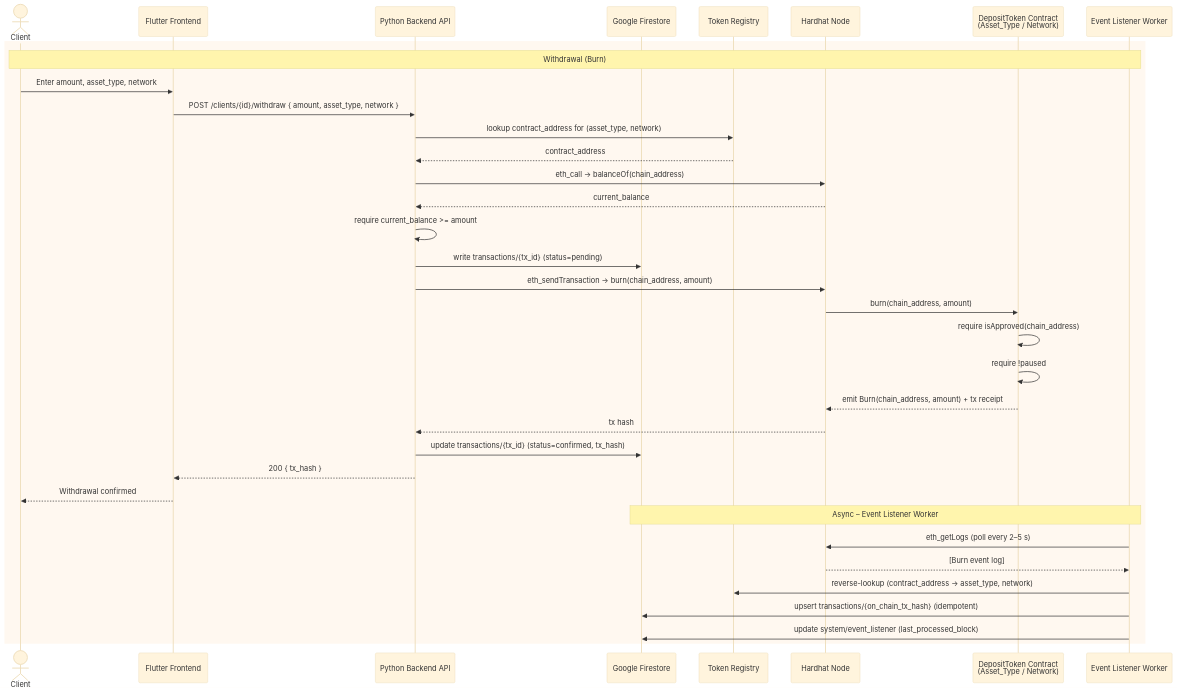
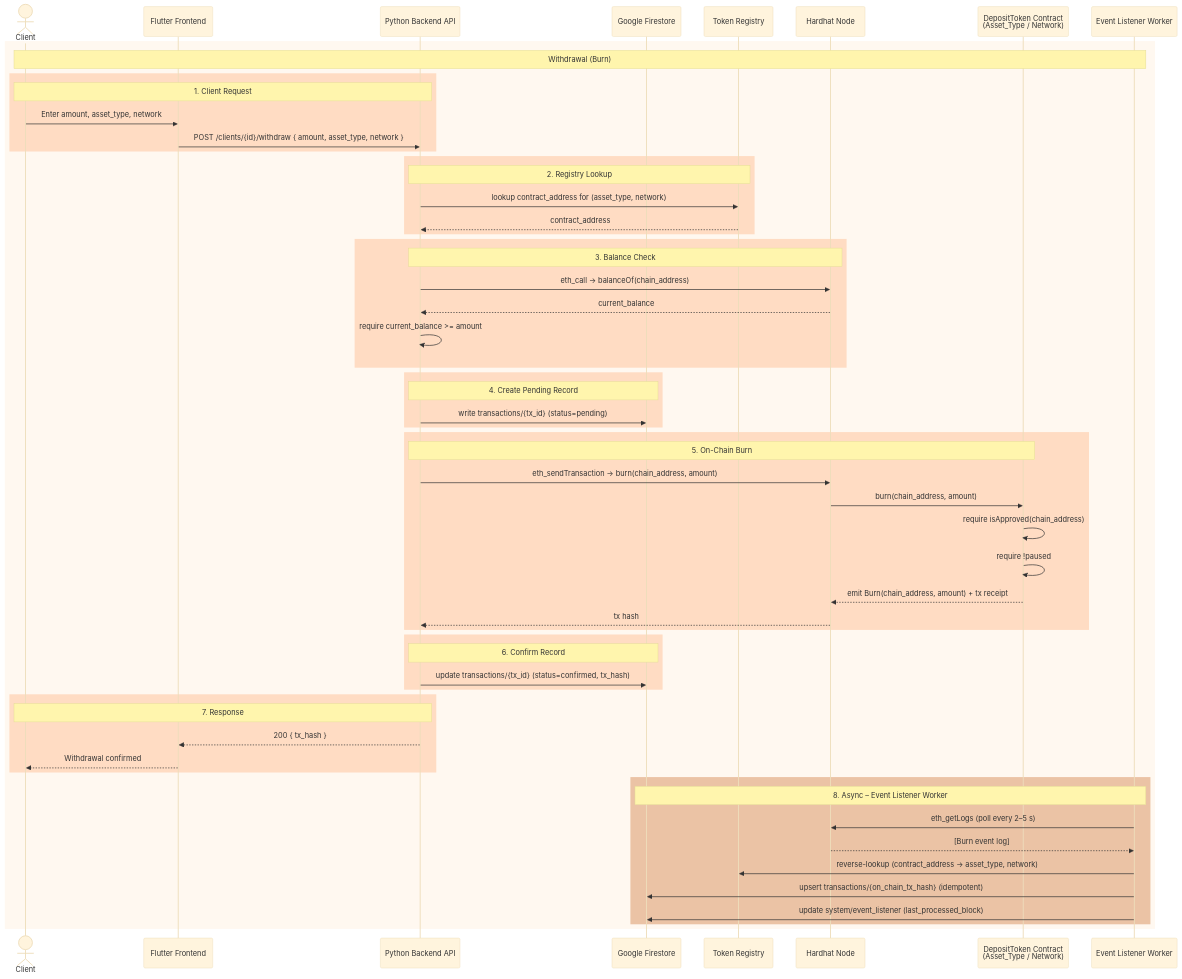
Before and after one commit to tthavee/tokenized-deposits: the fourth of 5 diagrams in .kiro/specs/tokenized-deposits-poc/design.md, drawn with Mermaid (base theme). The commit also changed other lines of this file, not shown here.

Commit message:
Add rect blocks to sequence diagrams

````diff
--- a/.kiro/specs/tokenized-deposits-poc/design.md
+++ b/.kiro/specs/tokenized-deposits-poc/design.md
@@ -158,39 +184,69 @@
 ```mermaid
 sequenceDiagram
     actor Client
     participant FE as Flutter Frontend
     participant API as Python Backend API
     participant FS as Google Firestore
     participant TR as Token Registry
     participant HH as Hardhat Node
     participant SC as DepositToken Contract<br/>(Asset_Type / Network)
     participant EL as Event Listener Worker
 
     rect rgb(255, 248, 240)
         Note over Client,EL: Withdrawal (Burn)
-        Client->>FE: Enter amount, asset_type, network
-        FE->>API: POST /clients/{id}/withdraw { amount, asset_type, network }
-        API->>TR: lookup contract_address for (asset_type, network)
-        TR-->>API: contract_address
-        API->>HH: eth_call → balanceOf(chain_address)
-        HH-->>API: current_balance
-        API->>API: require current_balance >= amount
-        API->>FS: write transactions/{tx_id} (status=pending)
-        API->>HH: eth_sendTransaction → burn(chain_address, amount)
-        HH->>SC: burn(chain_address, amount)
-        SC->>SC: require isApproved(chain_address)
-        SC->>SC: require !paused
-        SC-->>HH: emit Burn(chain_address, amount) + tx receipt
-        HH-->>API: tx hash
-        API->>FS: update transactions/{tx_id} (status=confirmed, tx_hash)
-        API-->>FE: 200 { tx_hash }
-        FE-->>Client: Withdrawal confirmed
 
-        Note over EL,FS: Async – Event Listener Worker
-        EL->>HH: eth_getLogs (poll every 2–5 s)
-        HH-->>EL: [Burn event log]
-        EL->>TR: reverse-lookup (contract_address → asset_type, network)
-        EL->>FS: upsert transactions/{on_chain_tx_hash} (idempotent)
-        EL->>FS: update system/event_listener (last_processed_block)
+        rect rgb(255, 220, 195)
+            Note over Client,API: 1. Client Request
+            Client->>FE: Enter amount, asset_type, network
+            FE->>API: POST /clients/{id}/withdraw { amount, asset_type, network }
+        end
+
+        rect rgb(255, 220, 195)
+            Note over API,TR: 2. Registry Lookup
+            API->>TR: lookup contract_address for (asset_type, network)
+            TR-->>API: contract_address
+        end
+
+        rect rgb(255, 220, 195)
+            Note over API,HH: 3. Balance Check
+            API->>HH: eth_call → balanceOf(chain_address)
+            HH-->>API: current_balance
+            API->>API: require current_balance >= amount
+        end
+
+        rect rgb(255, 220, 195)
+            Note over API,FS: 4. Create Pending Record
+            API->>FS: write transactions/{tx_id} (status=pending)
+        end
+
+        rect rgb(255, 220, 195)
+            Note over API,SC: 5. On-Chain Burn
+            API->>HH: eth_sendTransaction → burn(chain_address, amount)
+            HH->>SC: burn(chain_address, amount)
+            SC->>SC: require isApproved(chain_address)
+            SC->>SC: require !paused
+            SC-->>HH: emit Burn(chain_address, amount) + tx receipt
+            HH-->>API: tx hash
+        end
+
+        rect rgb(255, 220, 195)
+            Note over API,FS: 6. Confirm Record
+            API->>FS: update transactions/{tx_id} (status=confirmed, tx_hash)
+        end
+
+        rect rgb(255, 220, 195)
+            Note over API,Client: 7. Response
+            API-->>FE: 200 { tx_hash }
+            FE-->>Client: Withdrawal confirmed
+        end
+
+        rect rgb(235, 195, 165)
+            Note over EL,FS: 8. Async – Event Listener Worker
+            EL->>HH: eth_getLogs (poll every 2–5 s)
+            HH-->>EL: [Burn event log]
+            EL->>TR: reverse-lookup (contract_address → asset_type, network)
+            EL->>FS: upsert transactions/{on_chain_tx_hash} (idempotent)
+            EL->>FS: update system/event_listener (last_processed_block)
+        end
     end
 ```
````
